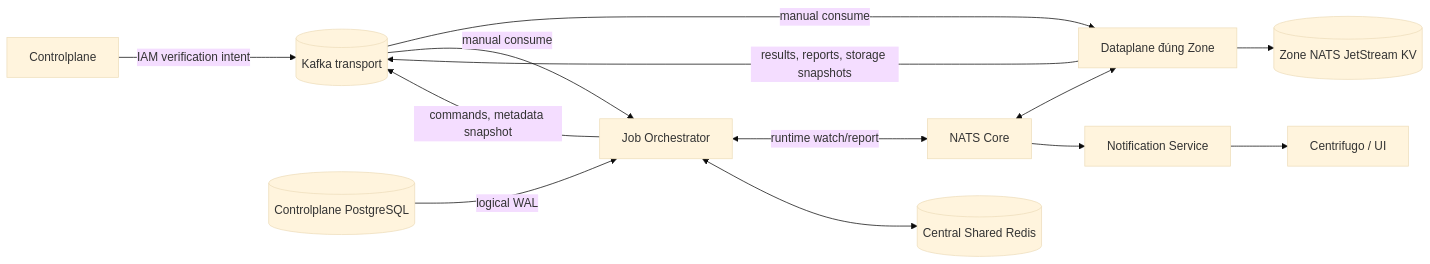
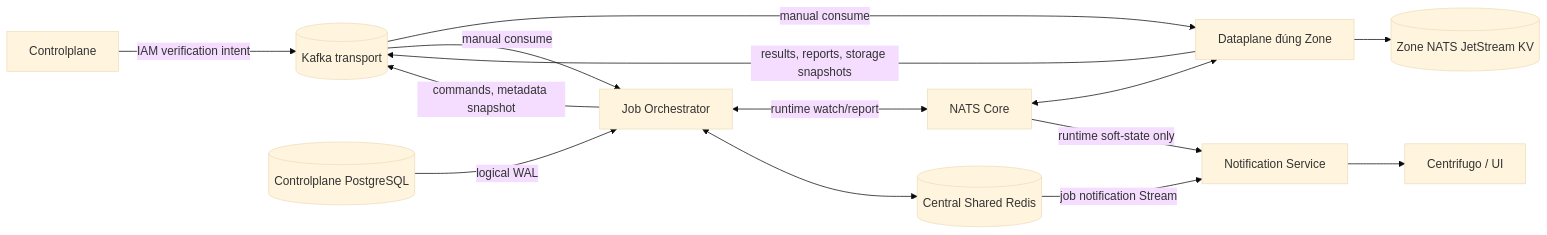
The first of 4 diagrams in god_view/platform/kafka_platform_transport_god_view.md (phucle996/aurora), drawn with Mermaid (base theme) before and after one commit. The commit also changed other lines of this file and 95 other files, not shown here.

Commit message:
refactor: modernize dataplane architecture by refactoring leader, workerpool, and job lifecycle components

````diff
--- a/god_view/platform/kafka_platform_transport_god_view.md
+++ b/god_view/platform/kafka_platform_transport_god_view.md
@@ -24,15 +24,16 @@
 ```mermaid
 flowchart LR
     CP[Controlplane] -->|IAM verification intent| K[(Kafka transport)]
     PG[(Controlplane PostgreSQL)] -->|logical WAL| JO[Job Orchestrator]
     JO -->|commands, metadata snapshot| K
     K -->|manual consume| DP[Dataplane đúng Zone]
     DP -->|results, reports, storage snapshots| K
     K -->|manual consume| JO
     DP --> ZKV[(Zone NATS JetStream KV)]
     JO <-->|runtime watch/report| CN[NATS Core]
     CN <--> DP
     JO <--> R[(Central Shared Redis)]
-    CN --> NS[Notification Service]
+    R -->|job notification Stream| NS[Notification Service]
+    CN -->|runtime soft-state only| NS
     NS --> UI[Centrifugo / UI]
 ```
````
